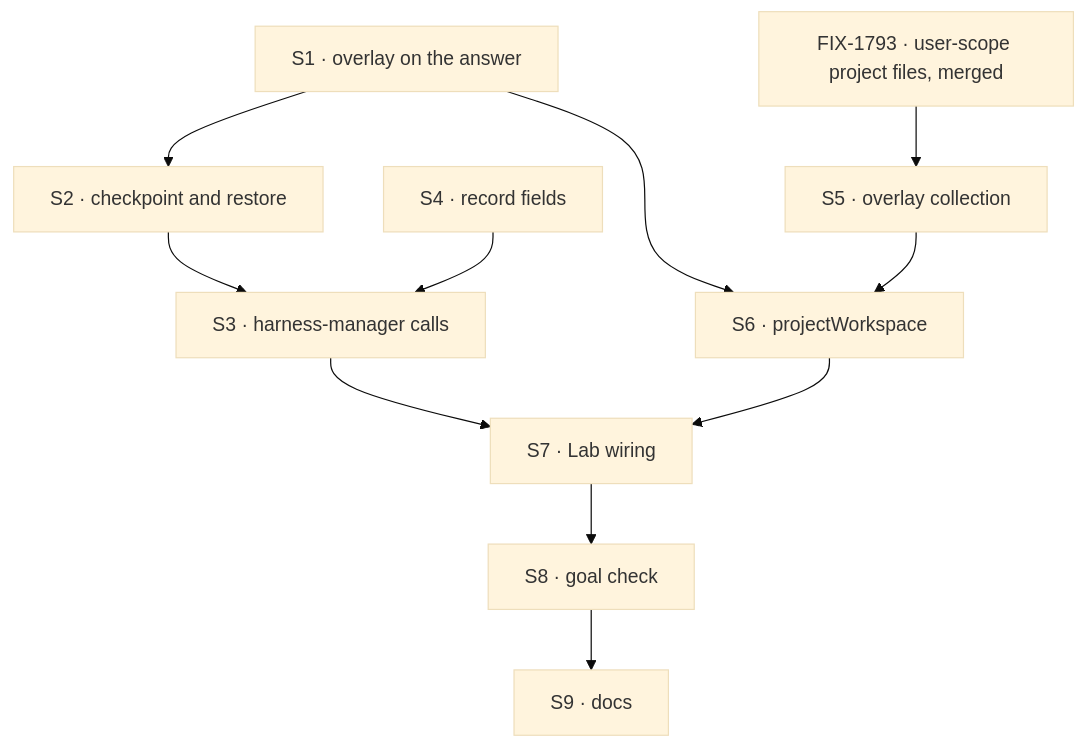
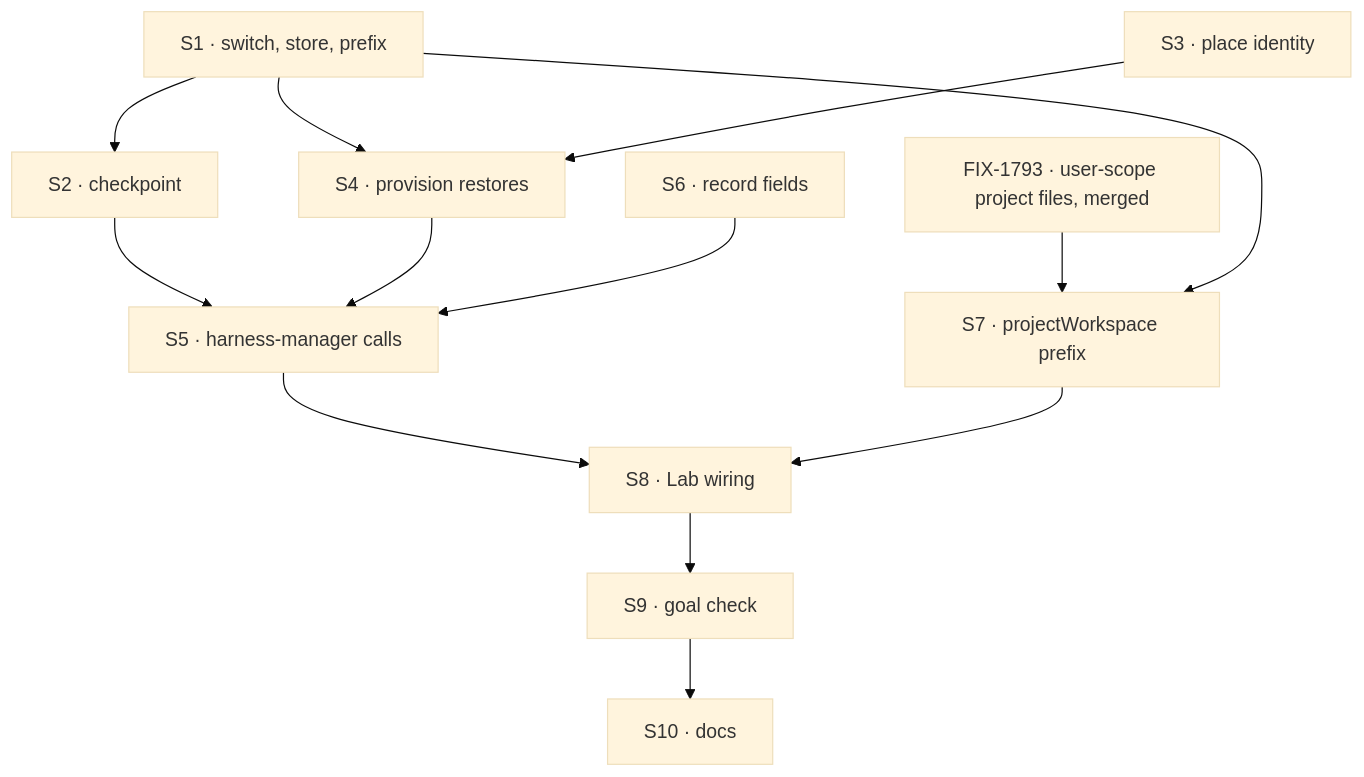
Before and after one commit to fixpoint-labs/flow-state-dev: the diagram in specs/issues/FIX-1766/PLAN.md, drawn with Mermaid (base theme). The commit also changed other lines of this file and 9 other files, not shown here.

````diff
--- a/specs/issues/FIX-1766/PLAN.md
+++ b/specs/issues/FIX-1766/PLAN.md
@@ -33,13 +31,15 @@
 ```mermaid
 flowchart TD
-  S1["S1 · overlay on the answer"] --> S2["S2 · checkpoint and restore"]
-  S2 --> S3["S3 · harness-manager calls"]
-  S4["S4 · record fields"] --> S3
-  F["FIX-1793 · user-scope project files, merged"] --> S5["S5 · overlay collection"]
-  S1 --> S6["S6 · projectWorkspace"]
-  S5 --> S6
-  S3 --> S7["S7 · Lab wiring"]
-  S6 --> S7
-  S7 --> S8["S8 · goal check"]
-  S8 --> S9["S9 · docs"]
+  S1["S1 · switch, store, prefix"] --> S2["S2 · checkpoint"]
+  S1 --> S4["S4 · provision restores"]
+  S3["S3 · place identity"] --> S4
+  S2 --> S5["S5 · harness-manager calls"]
+  S4 --> S5
+  S6["S6 · record fields"] --> S5
+  F["FIX-1793 · user-scope project files, merged"] --> S7["S7 · projectWorkspace prefix"]
+  S1 --> S7
+  S5 --> S8["S8 · Lab wiring"]
+  S7 --> S8
+  S8 --> S9["S9 · goal check"]
+  S9 --> S10["S10 · docs"]
 ```
````
